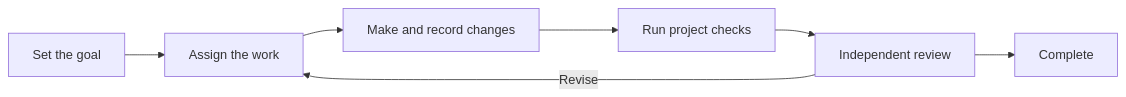
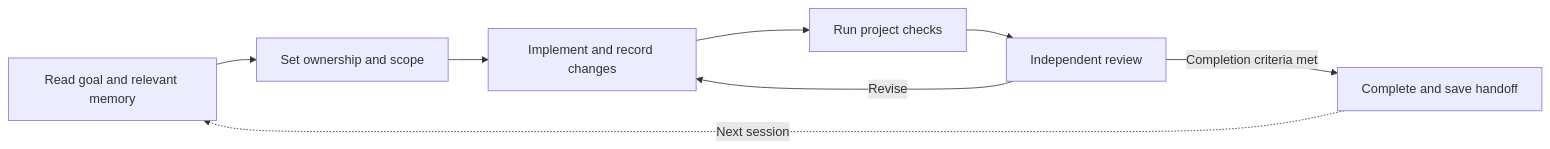
One commit to E5presso/neurath changed the diagram in README.md. Above: the diagram before and after it, drawn with Mermaid. The commit also changed other lines of this file and 1 other file, not shown here.

````diff
--- a/README.md
+++ b/README.md
@@ -73,9 +78,10 @@
 ```mermaid
 flowchart LR
-    A[Set the goal] --> B[Assign the work]
-    B --> C[Make and record changes]
+    A[Read goal and relevant memory] --> B[Set ownership and scope]
+    B --> C[Implement and record changes]
     C --> D[Run project checks]
     D --> E[Independent review]
-    E --> F[Complete]
-    E -->|Revise| B
+    E -->|Revise| C
+    E -->|Completion criteria met| F[Complete and save handoff]
+    F -. Next session .-> A
 ```
````
